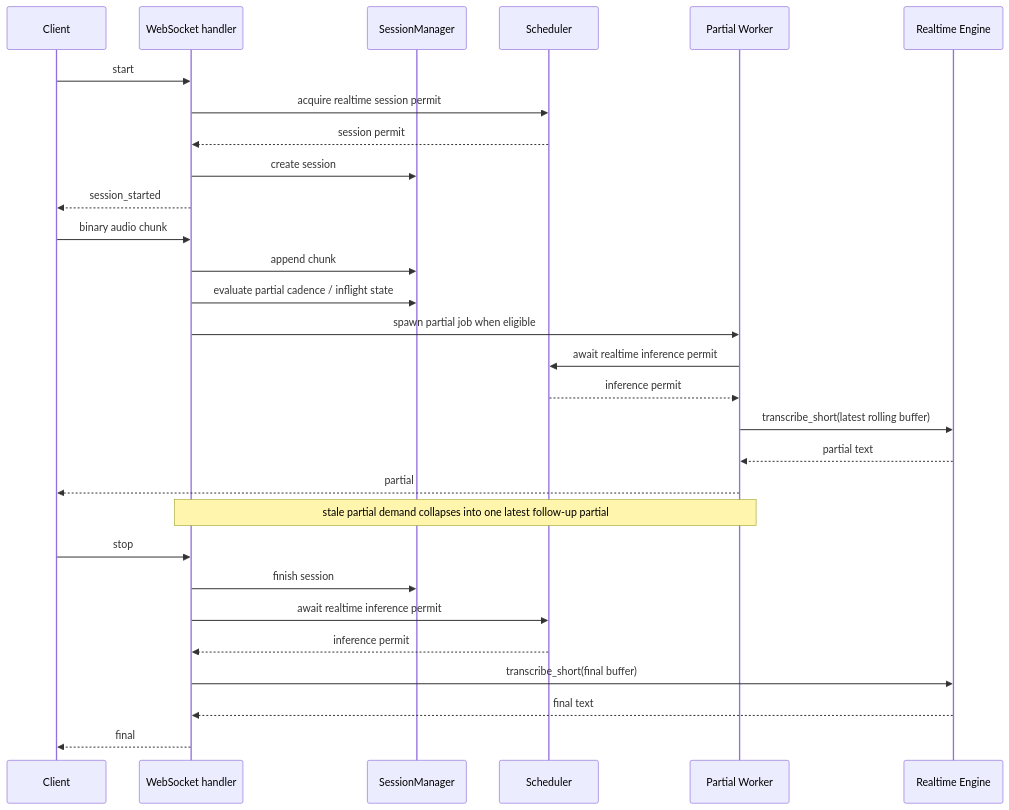
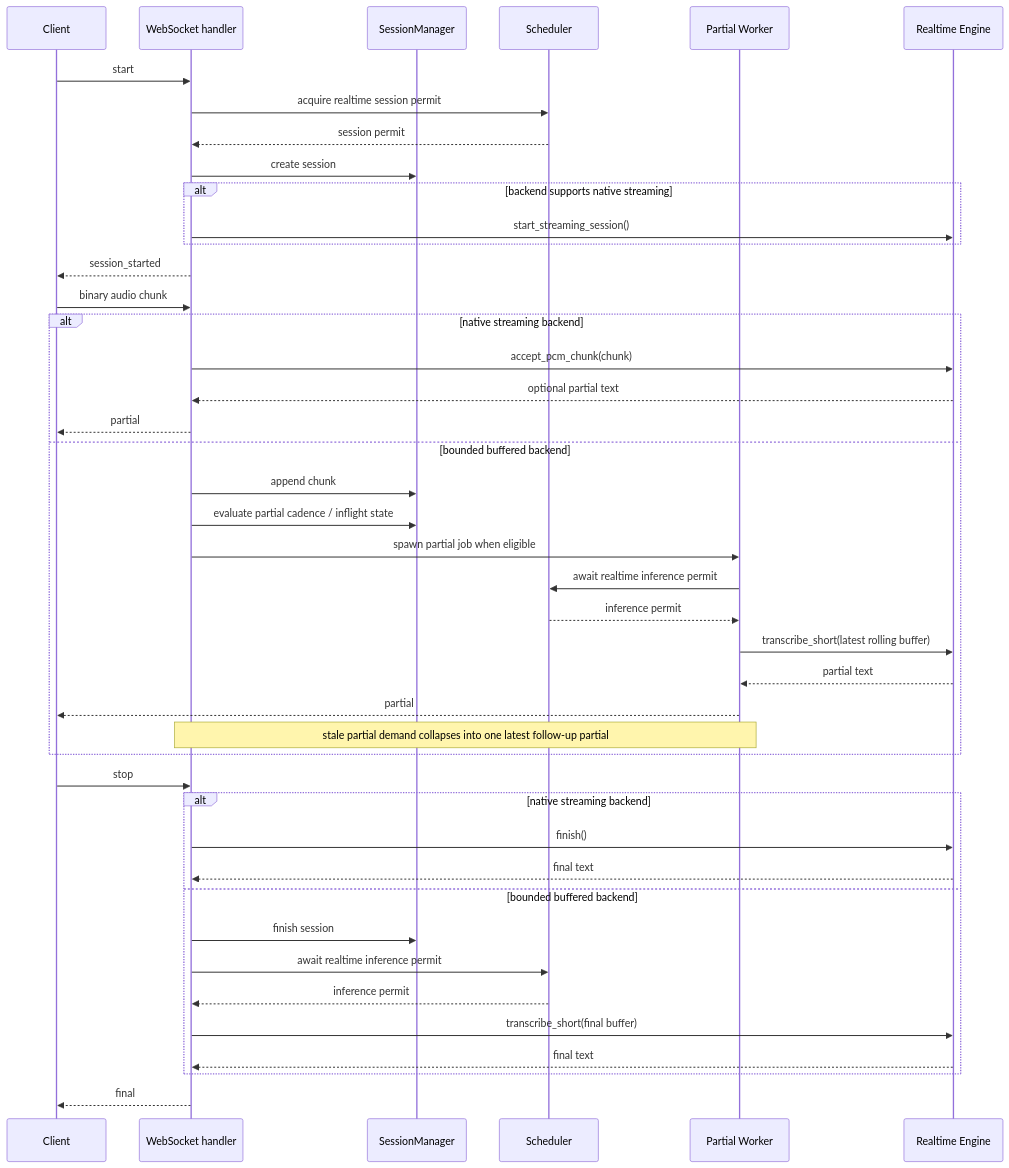
The third of 3 diagrams in docs/architecture.md (agent-axiom/aximo), drawn with Mermaid before and after one commit. The commit also changed other lines of this file and 13 other files, not shown here.

Commit message:
Add native realtime backend contract

````diff
--- a/docs/architecture.md
+++ b/docs/architecture.md
@@ -46,32 +46,46 @@
 ```mermaid
 sequenceDiagram
     participant C as Client
     participant W as WebSocket handler
     participant M as SessionManager
     participant S as Scheduler
     participant P as Partial Worker
     participant E as Realtime Engine
 
     C->>W: start
     W->>S: acquire realtime session permit
     S-->>W: session permit
     W->>M: create session
+    alt backend supports native streaming
+        W->>E: start_streaming_session()
+    end
     W-->>C: session_started
     C->>W: binary audio chunk
-    W->>M: append chunk
-    W->>M: evaluate partial cadence / inflight state
-    W->>P: spawn partial job when eligible
-    P->>S: await realtime inference permit
-    S-->>P: inference permit
-    P->>E: transcribe_short(latest rolling buffer)
-    E-->>P: partial text
-    P-->>C: partial
-    Note over W,P: stale partial demand collapses into one latest follow-up partial
+    alt native streaming backend
+        W->>E: accept_pcm_chunk(chunk)
+        E-->>W: optional partial text
+        W-->>C: partial
+    else bounded buffered backend
+        W->>M: append chunk
+        W->>M: evaluate partial cadence / inflight state
+        W->>P: spawn partial job when eligible
+        P->>S: await realtime inference permit
+        S-->>P: inference permit
+        P->>E: transcribe_short(latest rolling buffer)
+        E-->>P: partial text
+        P-->>C: partial
+        Note over W,P: stale partial demand collapses into one latest follow-up partial
+    end
     C->>W: stop
-    W->>M: finish session
-    W->>S: await realtime inference permit
-    S-->>W: inference permit
-    W->>E: transcribe_short(final buffer)
-    E-->>W: final text
+    alt native streaming backend
+        W->>E: finish()
+        E-->>W: final text
+    else bounded buffered backend
+        W->>M: finish session
+        W->>S: await realtime inference permit
+        S-->>W: inference permit
+        W->>E: transcribe_short(final buffer)
+        E-->>W: final text
+    end
     W-->>C: final
 ```
````
